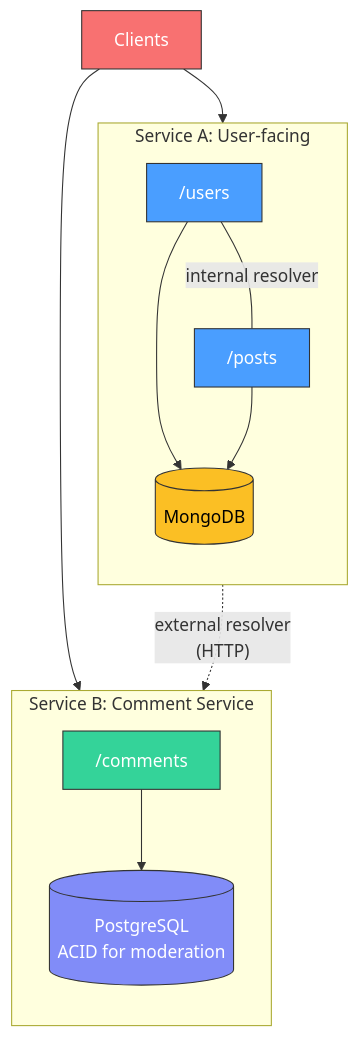
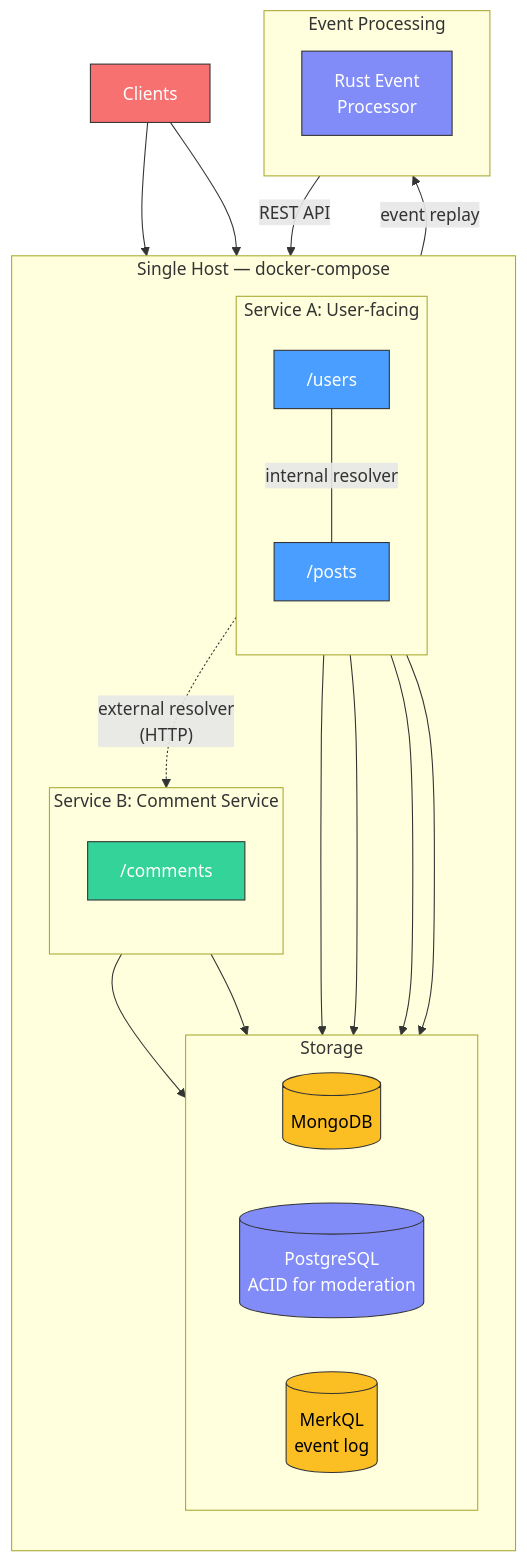
One commit to tsmarsh/meshql changed the third of 4 diagrams in docs/architecture/scalability.md. Above: the diagram before and after it, drawn with Mermaid. The commit also changed other lines of this file and 2 other files, not shown here.

First line of the commit message:
Update architecture docs with MerkQL tier progression

````diff
--- a/docs/architecture/scalability.md
+++ b/docs/architecture/scalability.md
@@ -123,31 +151,54 @@
 ```mermaid
 graph TB
-    subgraph "Service A: User-facing"
+    subgraph "Single Host — docker-compose"
         direction TB
-        users2["/users"]
-        posts2["/posts"]
-        users2 ---|"internal resolver"| posts2
-        db_a[("MongoDB")]
+
+        subgraph "Service A: User-facing"
+            direction TB
+            users2["/users"]
+            posts2["/posts"]
+            users2 ---|"internal resolver"| posts2
+        end
+
+        subgraph "Service B: Comment Service"
+            direction TB
+            comments2["/comments"]
+        end
+
+        subgraph storage["Storage"]
+            direction LR
+            db_a[("MongoDB")]
+            db_b[("PostgreSQL<br/>ACID for moderation")]
+            merkql[("MerkQL<br/>event log")]
+        end
+
         users2 --> db_a
         posts2 --> db_a
+        comments2 --> db_b
+        users2 --> merkql
+        posts2 --> merkql
+        comments2 --> merkql
+
+        posts2 -. "external resolver<br/>(HTTP)" .-> comments2
     end
 
-    subgraph "Service B: Comment Service"
+    subgraph "Event Processing"
         direction TB
-        comments2["/comments"]
-        db_b[("PostgreSQL<br/>ACID for moderation")]
-        comments2 --> db_b
+        processor["Rust Event<br/>Processor"]
     end
 
-    posts2 -. "external resolver<br/>(HTTP)" .-> comments2
+    merkql -->|"event replay"| processor
+    processor -->|"REST API"| users2
 
     client2["Clients"] --> users2
     client2 --> comments2
 
     style users2 fill:#4a9eff,stroke:#333,color:#fff
     style posts2 fill:#4a9eff,stroke:#333,color:#fff
     style comments2 fill:#34d399,stroke:#333,color:#fff
     style db_a fill:#fbbf24,stroke:#333,color:#000
     style db_b fill:#818cf8,stroke:#333,color:#fff
+    style merkql fill:#fbbf24,stroke:#333,color:#000
+    style processor fill:#818cf8,stroke:#333,color:#fff
     style client2 fill:#f87171,stroke:#333,color:#fff
 ```
````
